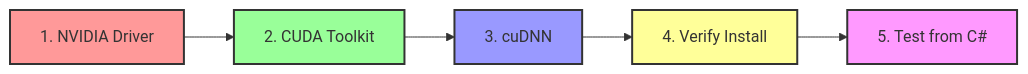
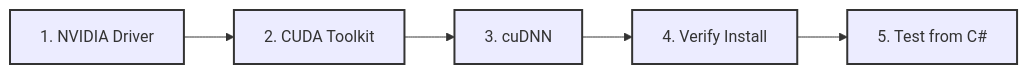
Before and after one commit to Shaddix/mostlylucidweb: the third of 5 diagrams in Mostlylucid/Markdown/building-a-lawyer-gpt-for-your-blog-part2.md, drawn with Mermaid. The commit also changed other lines of this file and 7 other files, not shown here.

First line of the commit message:
Update Mermaid diagrams in Lawyer GPT series for dark mode compatibility

````diff
--- a/Mostlylucid/Markdown/building-a-lawyer-gpt-for-your-blog-part2.md
+++ b/Mostlylucid/Markdown/building-a-lawyer-gpt-for-your-blog-part2.md
@@ -161,13 +162,11 @@
 ```mermaid
 graph LR
     A[1. NVIDIA Driver] --> B[2. CUDA Toolkit]
     B --> C[3. cuDNN]
     C --> D[4. Verify Install]
     D --> E[5. Test from C#]
 
-    style A fill:#f99,stroke:#333,stroke-width:2px
-    style B fill:#9f9,stroke:#333,stroke-width:2px
-    style C fill:#99f,stroke:#333,stroke-width:2px
-    style D fill:#ff9,stroke:#333,stroke-width:2px
-    style E fill:#f9f,stroke:#333,stroke-width:2px
+    class A,B,C,D,E steps
+
+    classDef steps stroke:#333,stroke-width:2px
 ```
````
